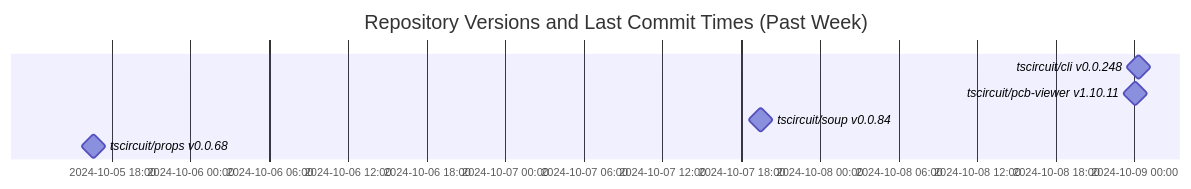
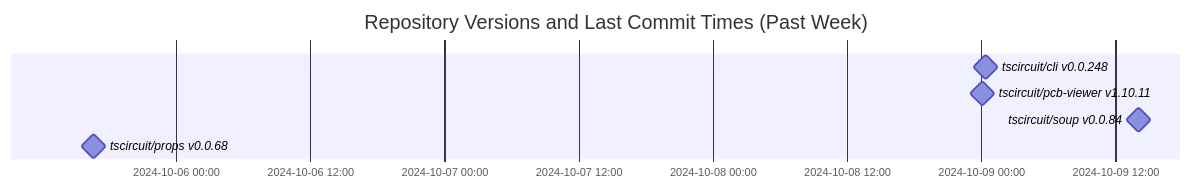
The diagram in README.md (tscircuit/version-tracker), drawn with Mermaid before and after one commit.

Commit message:
Update chart

````diff
--- a/README.md
+++ b/README.md
@@ -1,11 +1,11 @@
 ```mermaid
 gantt
   dateFormat  YYYY-MM-DD HH:mm:ss
   title Repository Versions and Last Commit Times (Past Week)
   axisFormat %Y-%m-%d %H:%M
 
   tscircuit/cli v0.0.248 : milestone, 2024-10-09 00:20:18, 1s
   tscircuit/pcb-viewer v1.10.11 : milestone, 2024-10-09 00:04:47, 1s
-  tscircuit/soup v0.0.84 : milestone, 2024-10-07 19:29:57, 1s
+  tscircuit/soup v0.0.84 : milestone, 2024-10-09 14:02:41, 1s
   tscircuit/props v0.0.68 : milestone, 2024-10-05 16:34:46, 1s
 ```
````
